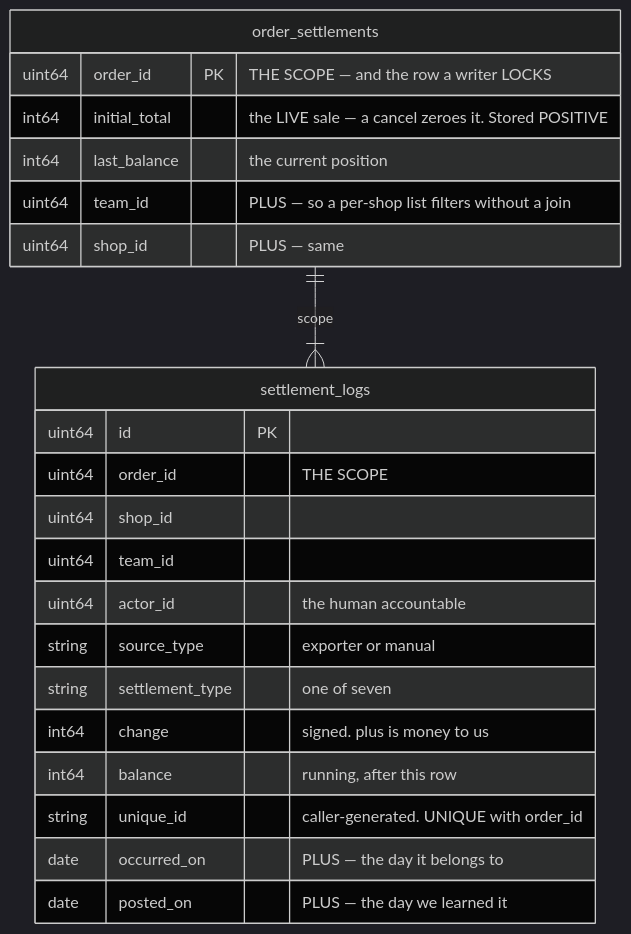
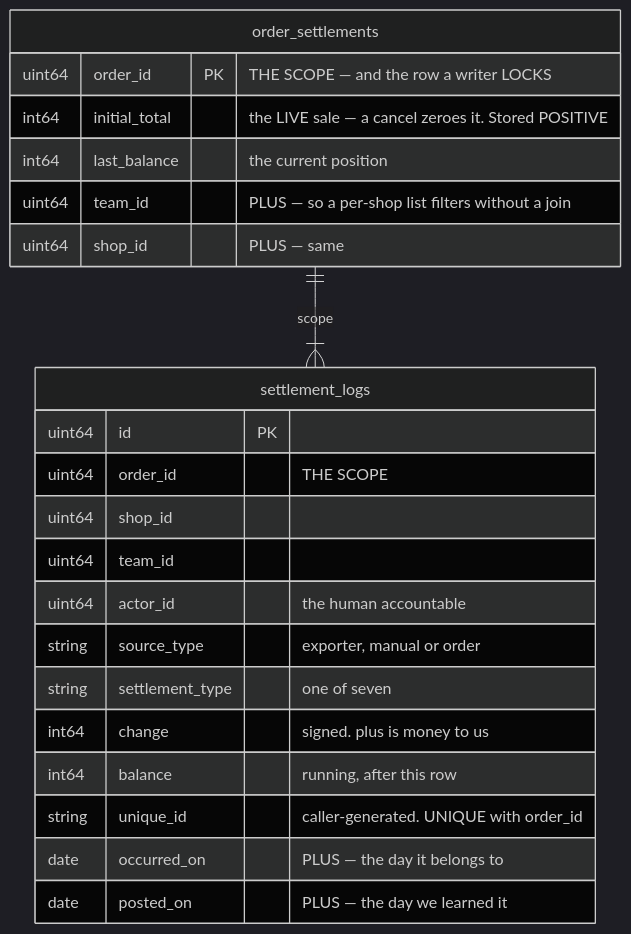
The sixth of 17 diagrams in docs/business/settlement/context_clarify.md (pdcgo/warehouse_revamp), drawn with Mermaid (dark theme) before and after one commit. The commit also changed other lines of this file and 21 other files, not shown here.

````diff
--- a/docs/business/settlement/context_clarify.md
+++ b/docs/business/settlement/context_clarify.md
@@ -393,27 +627,27 @@
 ```mermaid
 erDiagram
   log[settlement_logs] {
     uint64 id PK
     uint64 order_id "THE SCOPE"
     uint64 shop_id
     uint64 team_id
     uint64 actor_id "the human accountable"
-    string source_type "exporter or manual"
+    string source_type "exporter, manual or order"
     string settlement_type "one of seven"
     int64 change "signed. plus is money to us"
     int64 balance "running, after this row"
     string unique_id "caller-generated. UNIQUE with order_id"
     date occurred_on "PLUS — the day it belongs to"
     date posted_on "PLUS — the day we learned it"
   }
 
   st[order_settlements] {
     uint64 order_id PK "THE SCOPE — and the row a writer LOCKS"
     int64 initial_total "the LIVE sale — a cancel zeroes it. Stored POSITIVE"
     int64 last_balance "the current position"
     uint64 team_id "PLUS — so a per-shop list filters without a join"
     uint64 shop_id "PLUS — same"
   }
 
   st ||--|{ log : scope
 ```
````
